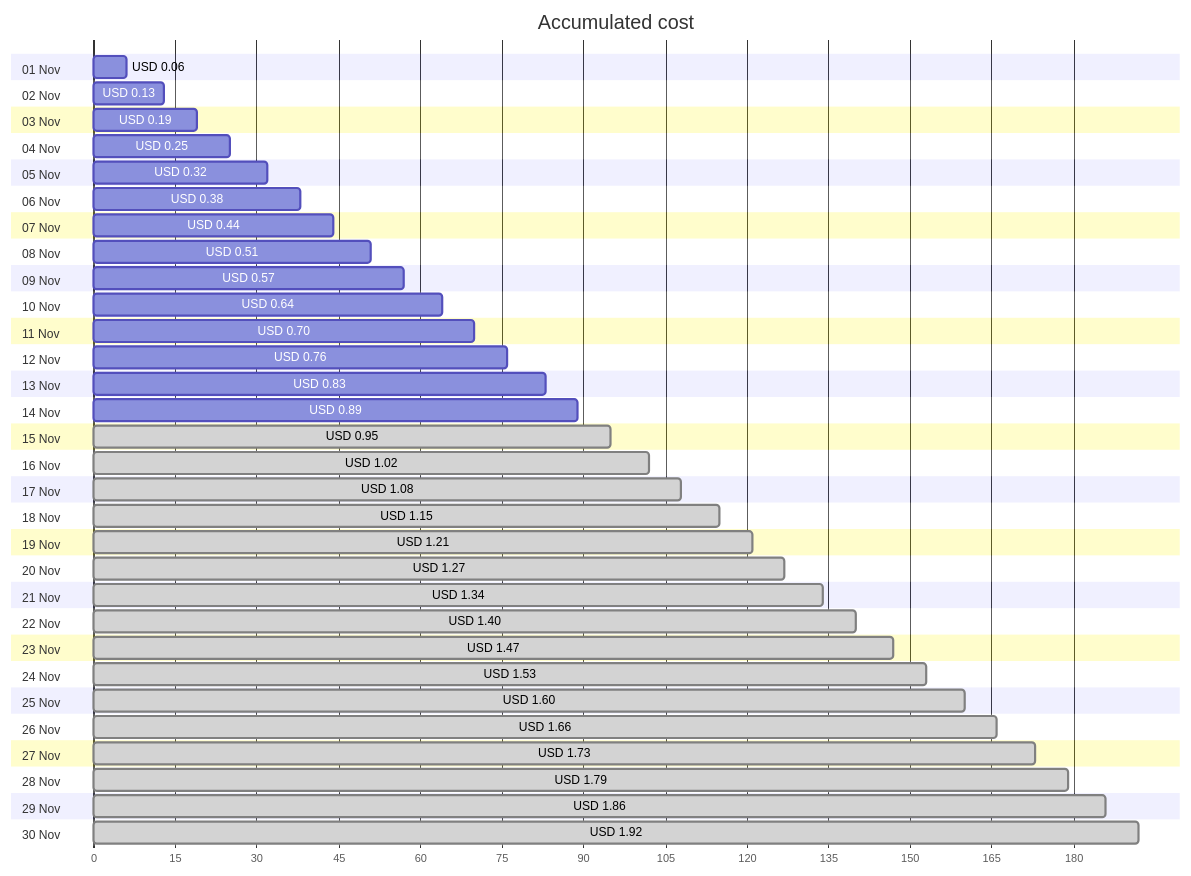
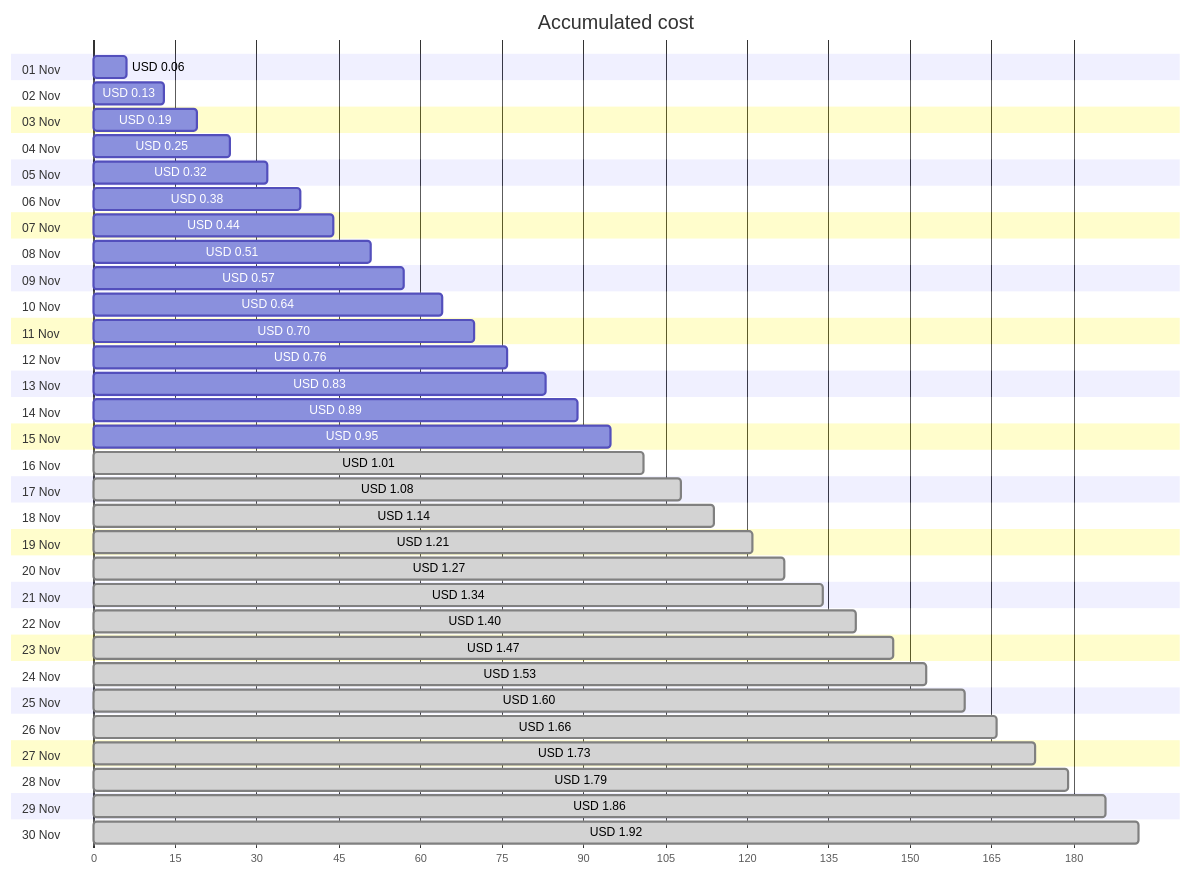
The first of 4 diagrams in cost-reports/personal-network/vpn-server_OsDisk.md (jpfulton/azure-personal-reports), drawn with Mermaid before and after one commit. The commit also changed other lines of this file and 8 other files, not shown here.

````diff
--- a/cost-reports/personal-network/vpn-server_OsDisk.md
+++ b/cost-reports/personal-network/vpn-server_OsDisk.md
@@ -20,66 +20,66 @@
 ```mermaid
 gantt
    title Accumulated cost
    dateFormat  X
    axisFormat %s
    section 01 Nov
    USD 0.06 :0, 6
    section 02 Nov
    USD 0.13 :0, 13
    section 03 Nov
    USD 0.19 :0, 19
    section 04 Nov
    USD 0.25 :0, 25
    section 05 Nov
    USD 0.32 :0, 32
    section 06 Nov
    USD 0.38 :0, 38
    section 07 Nov
    USD 0.44 :0, 44
    section 08 Nov
    USD 0.51 :0, 51
    section 09 Nov
    USD 0.57 :0, 57
    section 10 Nov
    USD 0.64 :0, 64
    section 11 Nov
    USD 0.70 :0, 70
    section 12 Nov
    USD 0.76 :0, 76
    section 13 Nov
    USD 0.83 :0, 83
    section 14 Nov
    USD 0.89 :0, 89
    section 15 Nov
-   USD 0.95 : done, 0, 95
+   USD 0.95 :0, 95
    section 16 Nov
-   USD 1.02 : done, 0, 102
+   USD 1.01 : done, 0, 101
    section 17 Nov
    USD 1.08 : done, 0, 108
    section 18 Nov
-   USD 1.15 : done, 0, 115
+   USD 1.14 : done, 0, 114
    section 19 Nov
    USD 1.21 : done, 0, 121
    section 20 Nov
    USD 1.27 : done, 0, 127
    section 21 Nov
    USD 1.34 : done, 0, 134
    section 22 Nov
    USD 1.40 : done, 0, 140
    section 23 Nov
    USD 1.47 : done, 0, 147
    section 24 Nov
    USD 1.53 : done, 0, 153
    section 25 Nov
    USD 1.60 : done, 0, 160
    section 26 Nov
    USD 1.66 : done, 0, 166
    section 27 Nov
    USD 1.73 : done, 0, 173
    section 28 Nov
    USD 1.79 : done, 0, 179
    section 29 Nov
    USD 1.86 : done, 0, 186
    section 30 Nov
    USD 1.92 : done, 0, 192
 ```
````
